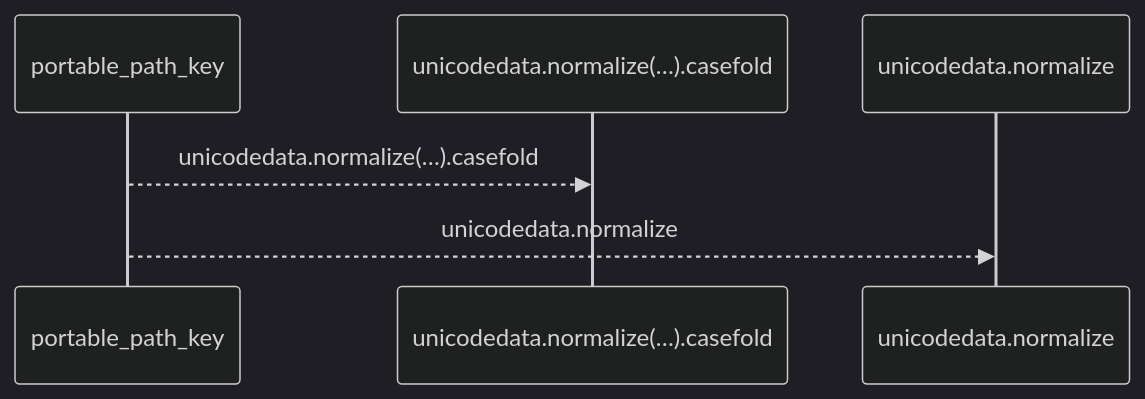
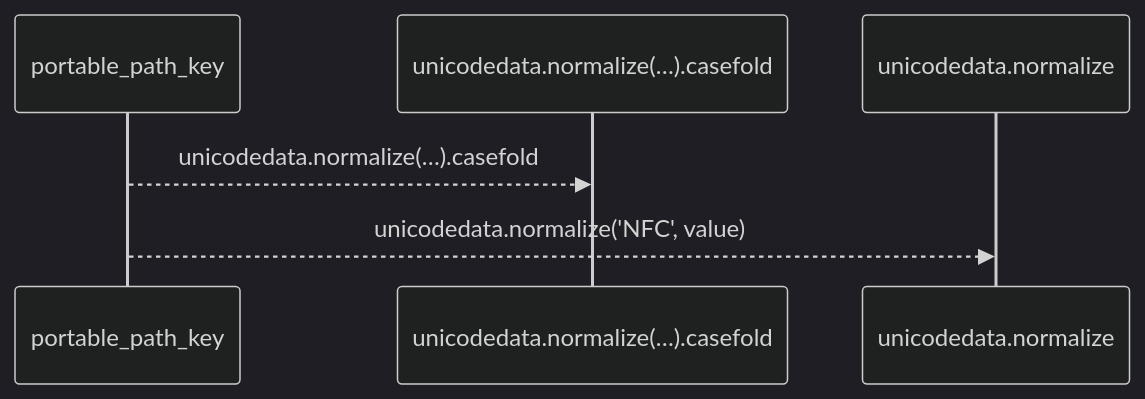
One commit to Denissvgn/python-wiki-llm changed the first of 2 diagrams in docs/llm_wiki/flows/api-portable_path_key.md. Above: the diagram before and after it, drawn with Mermaid (dark theme). The commit also changed other lines of this file and 1410 other files, not shown here.

````diff
--- a/docs/llm_wiki/flows/api-portable_path_key.md
+++ b/docs/llm_wiki/flows/api-portable_path_key.md
@@ -10,8 +12,8 @@
 ```mermaid
 sequenceDiagram
     participant p0 as portable_path_key
     participant p1 as unicodedata.normalize(…).casefold
     participant p2 as unicodedata.normalize
     p0-->>p1: unicodedata.normalize(…).casefold
-    p0-->>p2: unicodedata.normalize
+    p0-->>p2: unicodedata.normalize('NFC', value)
 ```
````
